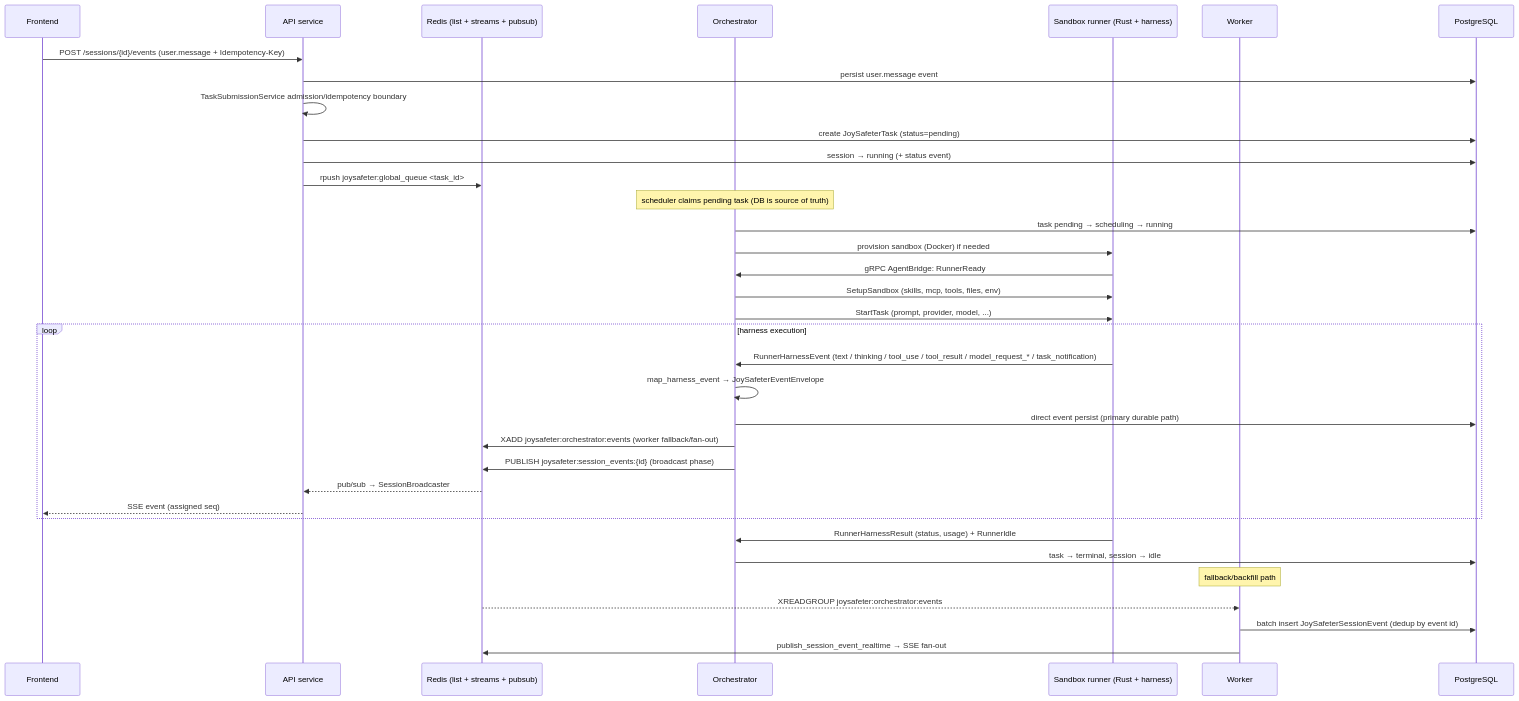
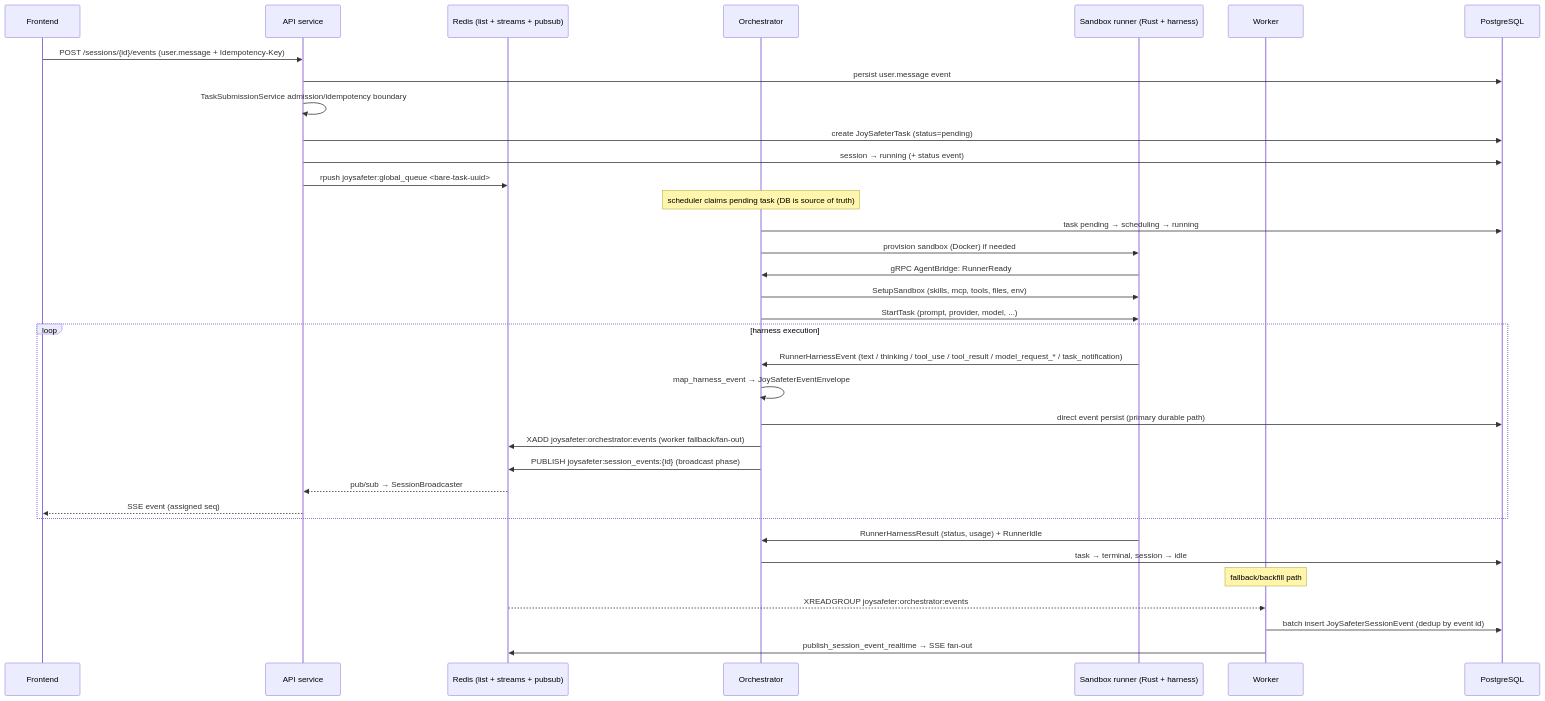
Before and after one commit to jd-opensource/JoySafeter: the second of 2 diagrams in docs/ARCHITECTURE.md, drawn with Mermaid. The commit also changed other lines of this file and 255 other files, not shown here.

````diff
--- a/docs/ARCHITECTURE.md
+++ b/docs/ARCHITECTURE.md
@@ -146,42 +146,42 @@
 ```mermaid
 sequenceDiagram
     participant FE as Frontend
     participant API as API service
     participant Q as Redis (list + streams + pubsub)
     participant ORCH as Orchestrator
     participant RUN as Sandbox runner (Rust + harness)
     participant WK as Worker
     participant PG as PostgreSQL
 
     FE->>API: POST /sessions/{id}/events (user.message + Idempotency-Key)
     API->>PG: persist user.message event
     API->>API: TaskSubmissionService admission/idempotency boundary
     API->>PG: create JoySafeterTask (status=pending)
     API->>PG: session → running (+ status event)
-    API->>Q: rpush joysafeter:global_queue <task_id>
+    API->>Q: rpush joysafeter:global_queue <bare-task-uuid>
 
     Note over ORCH: scheduler claims pending task (DB is source of truth)
     ORCH->>PG: task pending → scheduling → running
     ORCH->>RUN: provision sandbox (Docker) if needed
     RUN->>ORCH: gRPC AgentBridge: RunnerReady
     ORCH->>RUN: SetupSandbox (skills, mcp, tools, files, env)
     ORCH->>RUN: StartTask (prompt, provider, model, ...)
 
     loop harness execution
         RUN->>ORCH: RunnerHarnessEvent (text / thinking / tool_use / tool_result / model_request_* / task_notification)
         ORCH->>ORCH: map_harness_event → JoySafeterEventEnvelope
         ORCH->>PG: direct event persist (primary durable path)
         ORCH->>Q: XADD joysafeter:orchestrator:events (worker fallback/fan-out)
         ORCH->>Q: PUBLISH joysafeter:session_events:{id} (broadcast phase)
         Q-->>API: pub/sub → SessionBroadcaster
         API-->>FE: SSE event (assigned seq)
     end
 
     RUN->>ORCH: RunnerHarnessResult (status, usage) + RunnerIdle
     ORCH->>PG: task → terminal, session → idle
 
     Note over WK: fallback/backfill path
     Q-->>WK: XREADGROUP joysafeter:orchestrator:events
     WK->>PG: batch insert JoySafeterSessionEvent (dedup by event id)
     WK->>Q: publish_session_event_realtime → SSE fan-out
 ```
````
